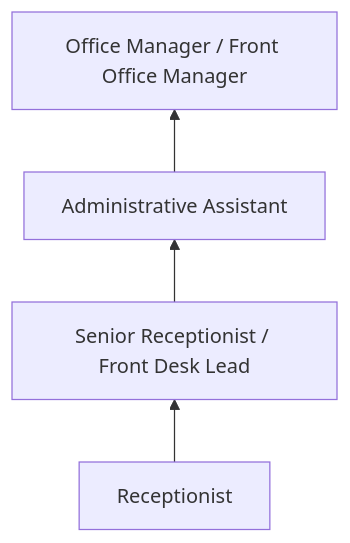
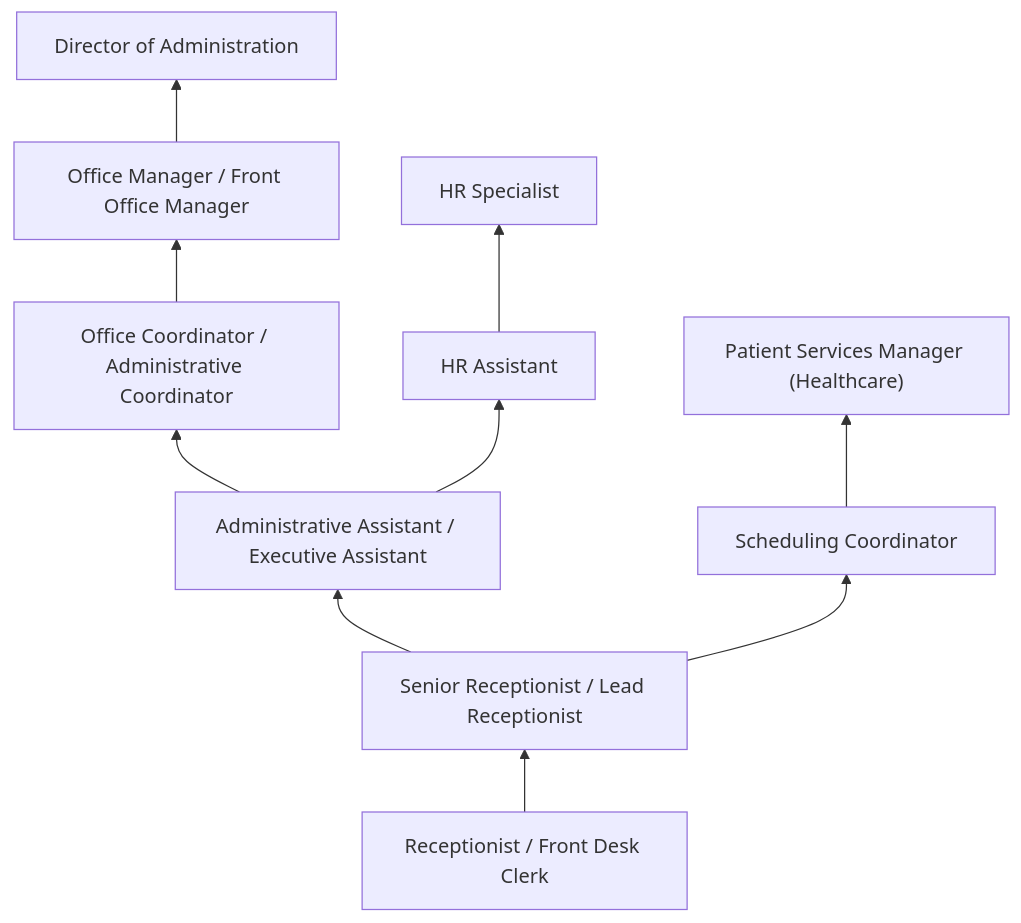
The third of 4 diagrams in occupations/Administrative/ReceptionistsAndInformationClerks.mdx (kziemski/business.org.ai), drawn with Mermaid before and after one commit. The commit also changed other lines of this file and 19 other files, not shown here.

````diff
--- a/occupations/Administrative/ReceptionistsAndInformationClerks.mdx
+++ b/occupations/Administrative/ReceptionistsAndInformationClerks.mdx
@@ -74,6 +136,14 @@
 ```mermaid
 graph BT
-    Entry["Receptionist"] --> Mid["Senior Receptionist / Front Desk Lead"]
-    Mid --> Admin["Administrative Assistant"]
-    Admin --> Manager["Office Manager / Front Office Manager"]
+    Entry["Receptionist / Front Desk Clerk"] --> Mid["Senior Receptionist / Lead Receptionist"]
+    Mid --> Admin["Administrative Assistant / Executive Assistant"]
+    Admin --> Coordinator["Office Coordinator / Administrative Coordinator"]
+    Coordinator --> Manager["Office Manager / Front Office Manager"]
+    Manager --> Director["Director of Administration"]
+
+    Mid --> Specialist["Scheduling Coordinator"]
+    Specialist --> SpecMgr["Patient Services Manager (Healthcare)"]
+
+    Admin --> HR["HR Assistant"]
+    HR --> HRSpec["HR Specialist"]
 ```
````
